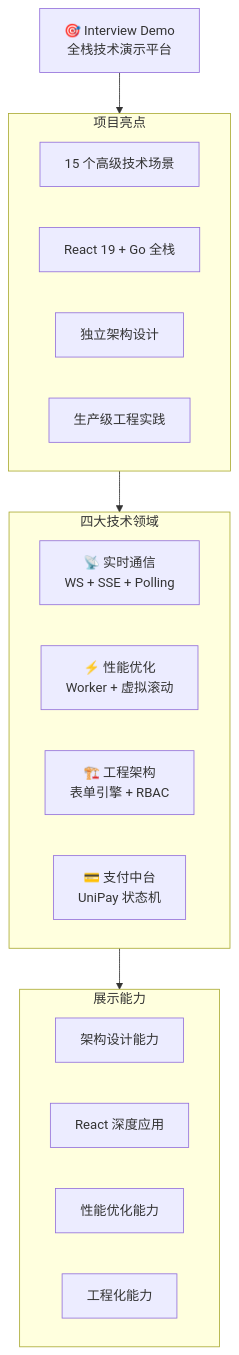
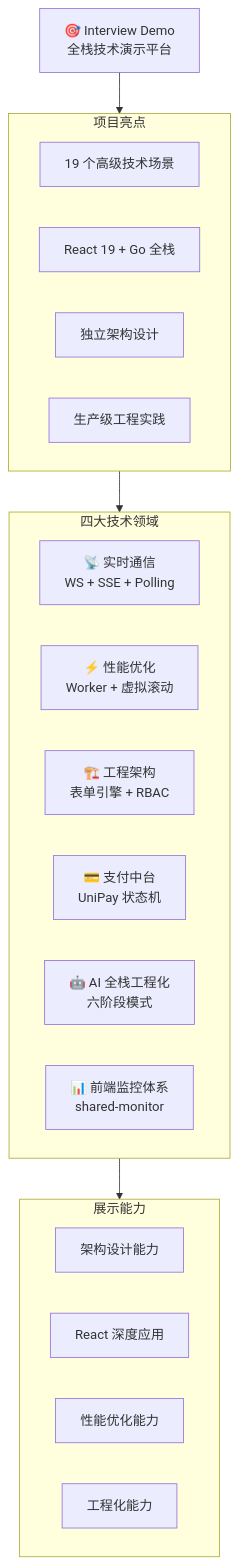
Before and after one commit to KMaybe01/interview-demo: the first of 6 diagrams in docs/WIKI.md, drawn with Mermaid. The commit also changed other lines of this file and 8 other files, not shown here.

````diff
--- a/docs/WIKI.md
+++ b/docs/WIKI.md
@@ -5,27 +5,29 @@
 ```mermaid
 graph TB
     Title["🎯 Interview Demo<br/>全栈技术演示平台"]
 
     subgraph Highlights["项目亮点"]
-        H1["15 个高级技术场景"]
+        H1["19 个高级技术场景"]
         H2["React 19 + Go 全栈"]
         H3["独立架构设计"]
         H4["生产级工程实践"]
     end
 
     subgraph Domains["四大技术领域"]
         D1["📡 实时通信<br/>WS + SSE + Polling"]
         D2["⚡ 性能优化<br/>Worker + 虚拟滚动"]
         D3["🏗️ 工程架构<br/>表单引擎 + RBAC"]
         D4["💳 支付中台<br/>UniPay 状态机"]
+        D5["🤖 AI 全栈工程化<br/>六阶段模式"]
+        D6["📊 前端监控体系<br/>shared-monitor"]
     end
 
     subgraph Skills["展示能力"]
         S1["架构设计能力"]
         S2["React 深度应用"]
         S3["性能优化能力"]
         S4["工程化能力"]
     end
 
     Title --> Highlights --> Domains --> Skills
 ```
````
